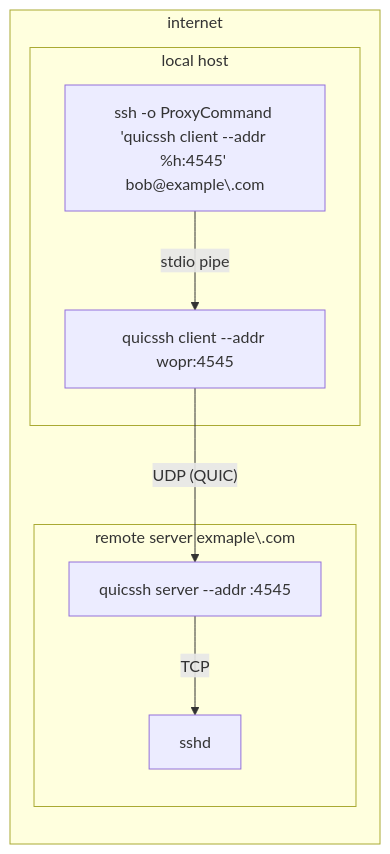
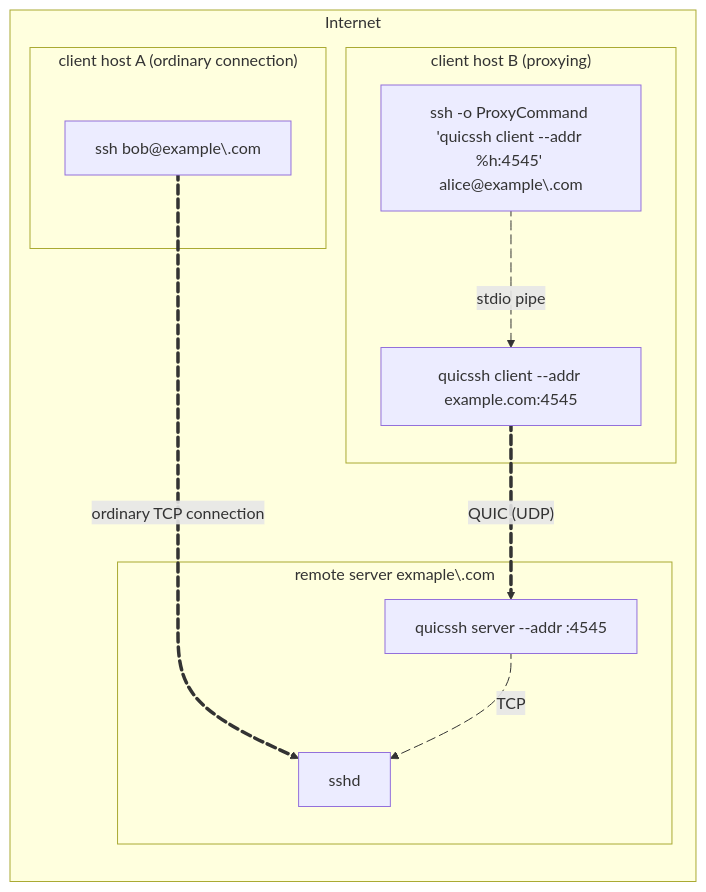
One commit to mzbgf/quicssh changed the diagram in README.md. Above: the diagram before and after it, drawn with Mermaid. The commit also changed other lines of this file, not shown here.

Commit message:
Readme: try modern mermaid

````diff
--- a/README.md
+++ b/README.md
@@ -33,17 +15,25 @@
 ```mermaid
 flowchart TB
-subgraph i["internet"]
+subgraph i["Internet"]
 direction TB
-subgraph h1["local host"]
-    n1["ssh -o ProxyCommand 'quicssh client --addr %h:4545' bob@example\.com"]
-    n2["quicssh client --addr wopr:4545"]
+subgraph h1["client host A (ordinary connection)"]
+    n11["ssh bob@example\.com"]
 end
-subgraph h2["remote server exmaple\.com"]
-    n3["quicssh server --addr :4545"]
-    n4["sshd"]
+subgraph h2["client host B (proxying)"]
+    n21["ssh -o ProxyCommand 'quicssh client --addr %h:4545' alice@example\.com"]
+    n22["quicssh client --addr example.com:4545"]
+end
+subgraph h3["remote server exmaple\.com"]
+    n31["quicssh server --addr :4545"]
+    n32["sshd"]
 end
 end
-n1 -- stdio pipe --> n2
-n2 -- UDP (QUIC) --> n3
-n3 -- TCP --> n4
+n11 x1@====>|ordinary TCP connection| n32
+n21 x2@-->|stdio pipe| n22
+n22 x3@==>|"QUIC (UDP)"| n31
+n31 x4@-->|TCP| n32
+x1@{ animate: true }
+x2@{ animate: true }
+x3@{ animate: true }
+x4@{ animate: true }
 ```
````
